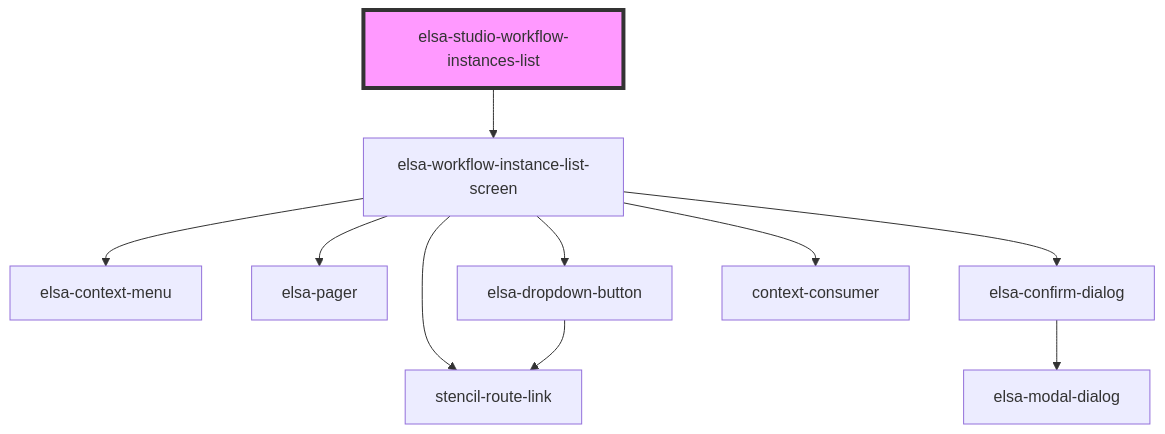
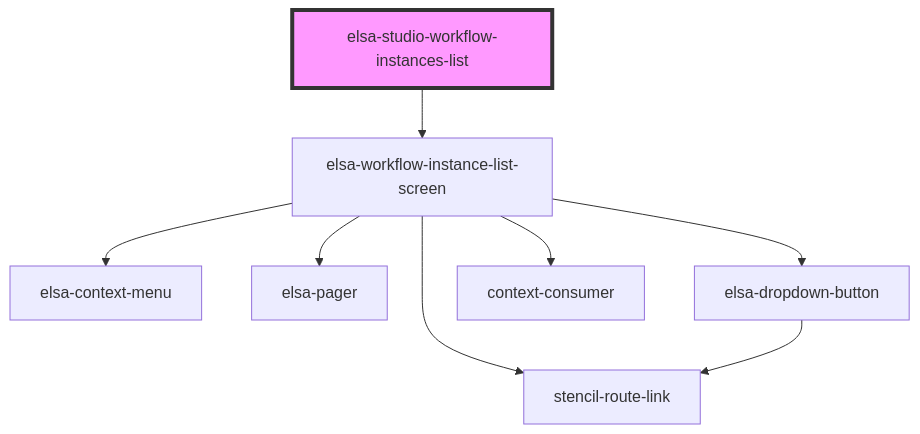
Before and after one commit to elsa-workflows/elsa-core: the diagram in src/designer/elsa-workflows-studio/src/components/dashboard/pages/elsa-studio-workflow-instances-list/readme.md, drawn with Mermaid. The commit also changed 11 other files, not shown here.

Commit message:
Add shared confirm-dialog-service

````diff
--- a/src/designer/elsa-workflows-studio/src/components/dashboard/pages/elsa-studio-workflow-instances-list/readme.md
+++ b/src/designer/elsa-workflows-studio/src/components/dashboard/pages/elsa-studio-workflow-instances-list/readme.md
@@ -22,13 +22,11 @@
 ```mermaid
 graph TD;
   elsa-studio-workflow-instances-list --> elsa-workflow-instance-list-screen
   elsa-workflow-instance-list-screen --> stencil-route-link
   elsa-workflow-instance-list-screen --> elsa-context-menu
   elsa-workflow-instance-list-screen --> elsa-pager
-  elsa-workflow-instance-list-screen --> elsa-confirm-dialog
   elsa-workflow-instance-list-screen --> elsa-dropdown-button
   elsa-workflow-instance-list-screen --> context-consumer
-  elsa-confirm-dialog --> elsa-modal-dialog
   elsa-dropdown-button --> stencil-route-link
   style elsa-studio-workflow-instances-list fill:#f9f,stroke:#333,stroke-width:4px
 ```
````
